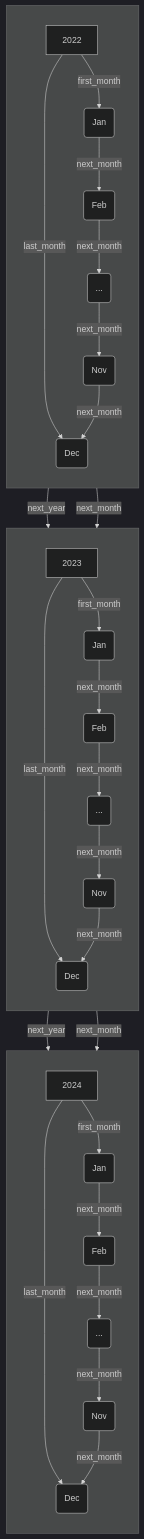
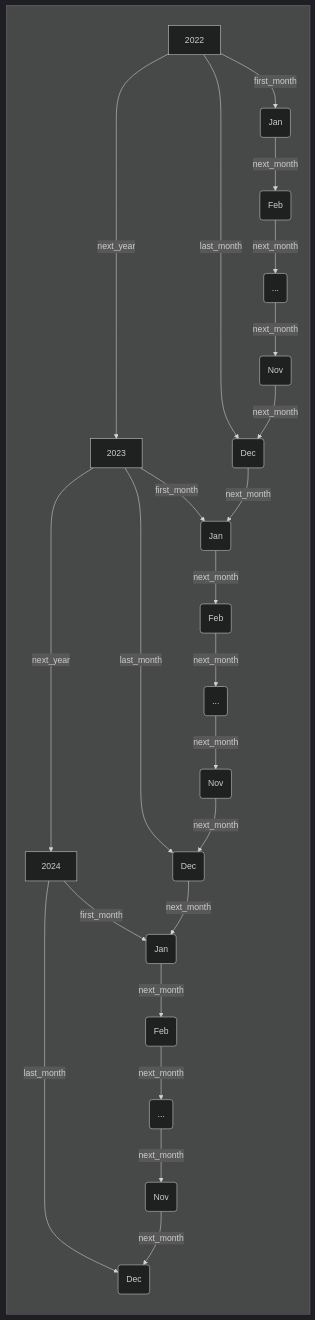
Before and after one commit to reactive-graph/reactive-graph: the diagram in docs/inexor-rgf/src/Reactive_Graph_Patterns_Time_Graph.md, drawn with Mermaid (dark theme).

Commit message:
Improved time graph diagram

````diff
--- a/docs/inexor-rgf/src/Reactive_Graph_Patterns_Time_Graph.md
+++ b/docs/inexor-rgf/src/Reactive_Graph_Patterns_Time_Graph.md
@@ -3,61 +3,58 @@
 ```mermaid
 flowchart TB
 
   subgraph g2024[ ]
     direction TB
+
+    2022
+    2022_jan(Jan)
+    2022_feb(Feb)
+    2022_next(...)
+    2022_nov(Nov)
+    2022_dec(Dec)
+
+    2023
+    2023_jan(Jan)
+    2023_feb(Feb)
+    2023_next(...)
+    2023_nov(Nov)
+    2023_dec(Dec)
+
     2024
     2024_jan(Jan)
     2024_feb(Feb)
     2024_next(...)
     2024_nov(Nov)
     2024_dec(Dec)
+
   end
 
-  subgraph m2023[ ]
-    direction TB
-    2023
-    2023_jan(Jan)
-    2023_feb(Feb)
-    2023_next(...)
-    2023_nov(Nov)
-    2023_dec(Dec)
-  end
-
-  subgraph m2022[ ]
-    direction TB
-    2022
-    2022_jan(Jan)
-    2022_feb(Feb)
-    2022_next(...)
-    2022_nov(Nov)
-    2022_dec(Dec)
-  end
 
   2022 -->|next_year| 2023
   2023 -->|next_year| 2024
 
   2022 -->|first_month| 2022_jan
   2022 -->|last_month| 2022_dec
 
   2023 -->|first_month| 2023_jan
   2023 -->|last_month| 2023_dec
 
   2024 -->|first_month| 2024_jan
   2024 -->|last_month| 2024_dec
 
   2022_jan -->|next_month| 2022_feb
   2022_feb -->|next_month| 2022_next
   2022_next -->|next_month| 2022_nov
   2022_nov -->|next_month| 2022_dec
   2022_dec -->|next_month| 2023_jan
   2023_jan -->|next_month| 2023_feb
   2023_feb -->|next_month| 2023_next
   2023_next -->|next_month| 2023_nov
   2023_nov -->|next_month| 2023_dec
   2023_dec -->|next_month| 2024_jan
   2024_jan -->|next_month| 2024_feb
   2024_feb -->|next_month| 2024_next
   2024_next -->|next_month| 2024_nov
   2024_nov -->|next_month| 2024_dec
 
 ```
````
